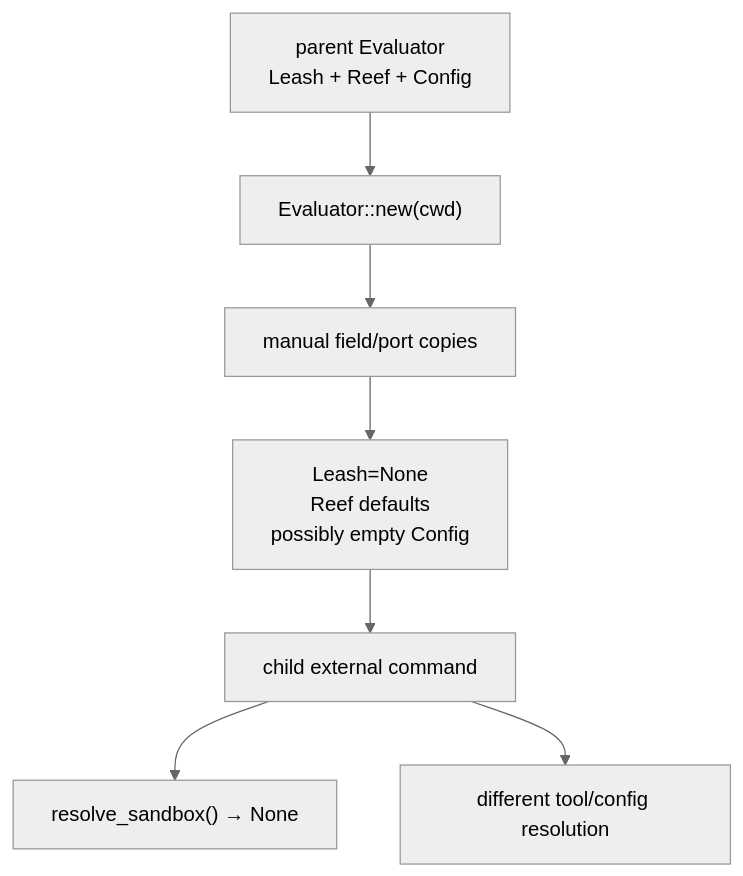
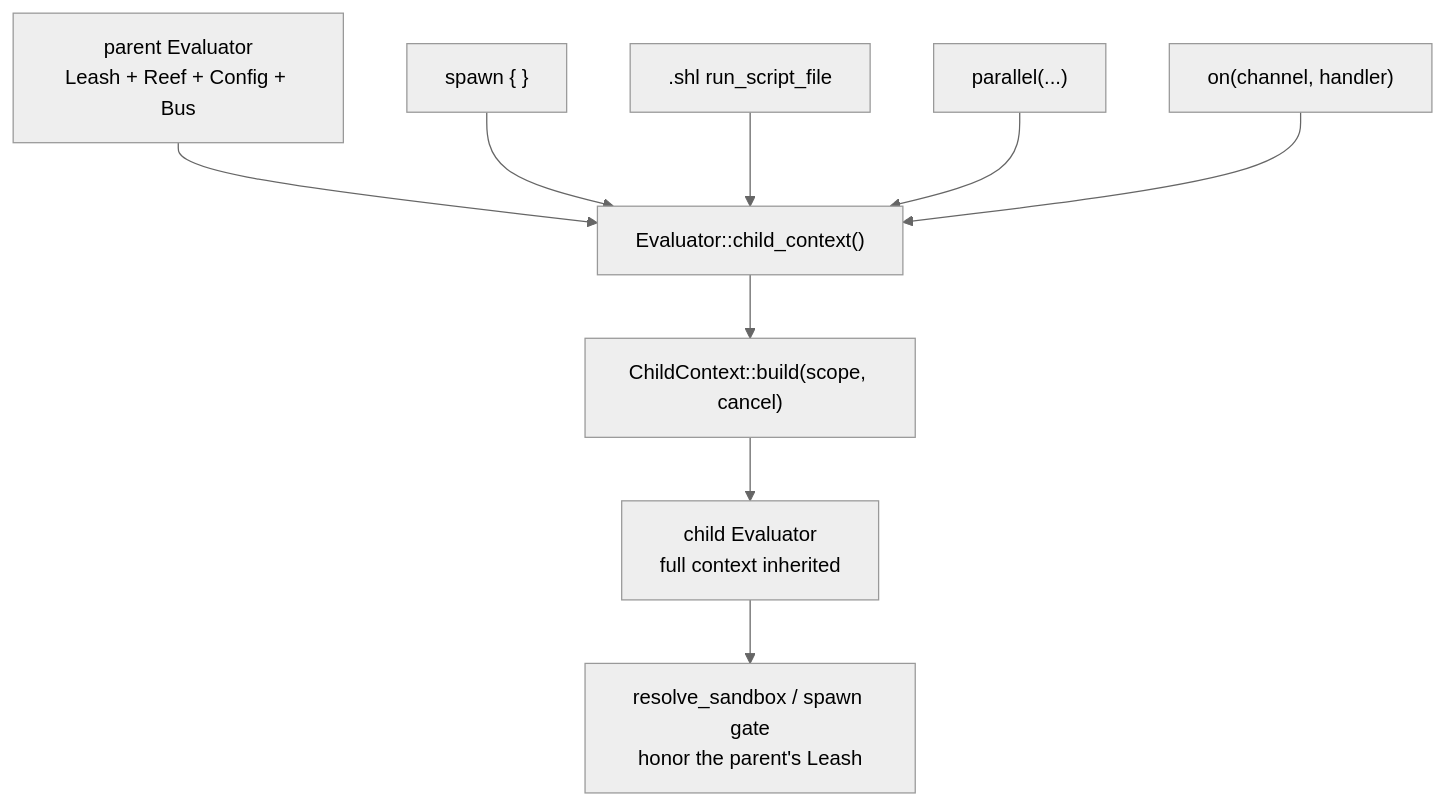
The fourth of 4 diagrams in site/content/internals/evaluator-state.md (alliecatowo/shoal), drawn with Mermaid (neutral theme) before and after one commit. The commit also changed other lines of this file and 2 other files, not shown here.

First line of the commit message:
eval: child-context propagation tests + evaluator-state docs (HR-B7)

````diff
--- a/site/content/internals/evaluator-state.md
+++ b/site/content/internals/evaluator-state.md
@@ -305,11 +301,13 @@
 ```mermaid
 flowchart TD
-accTitle: Critical: current children do not satisfy that matrix
-accDescr: Shows the components and relationships described in Critical: current children do not satisfy that matrix.
-  Parent["parent Evaluator\nLeash + Reef + Config"] --> ChildNew["Evaluator::new(cwd)"]
-  ChildNew --> Manual["manual field/port copies"]
-  Manual --> Missing["Leash=None\nReef defaults\npossibly empty Config"]
-  Missing --> Spawn["child external command"]
-  Spawn --> Unconfined["resolve_sandbox() → None"]
-  Spawn --> Diverged["different tool/config resolution"]
+accTitle: One authoritative child-evaluator constructor
+accDescr: Shows how every child route builds through ChildContext.
+  Parent["parent Evaluator\nLeash + Reef + Config + Bus"] --> Ctx["Evaluator::child_context()"]
+  Ctx --> Build["ChildContext::build(scope, cancel)"]
+  Build --> Child["child Evaluator\nfull context inherited"]
+  Spawn["spawn { }"] --> Ctx
+  Script[".shl run_script_file"] --> Ctx
+  Parallel["parallel(...)"] --> Ctx
+  On["on(channel, handler)"] --> Ctx
+  Child --> Confined["resolve_sandbox / spawn gate\nhonor the parent's Leash"]
 ```
````
